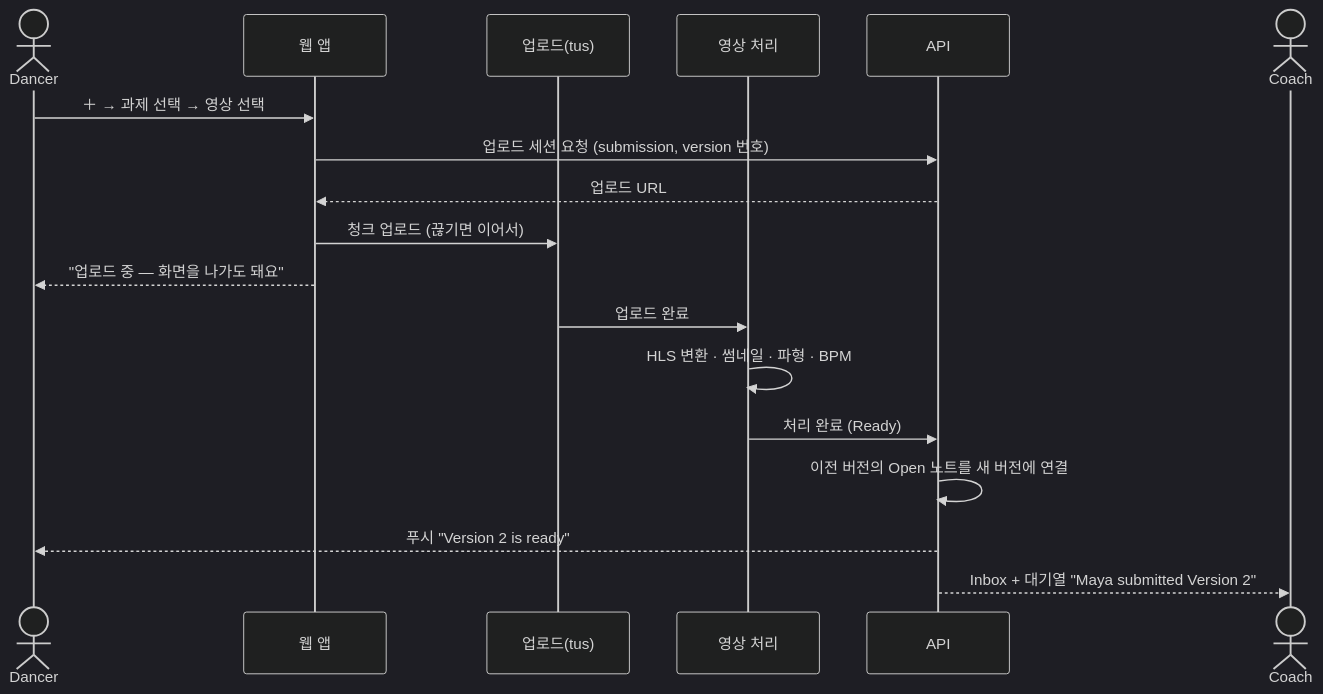
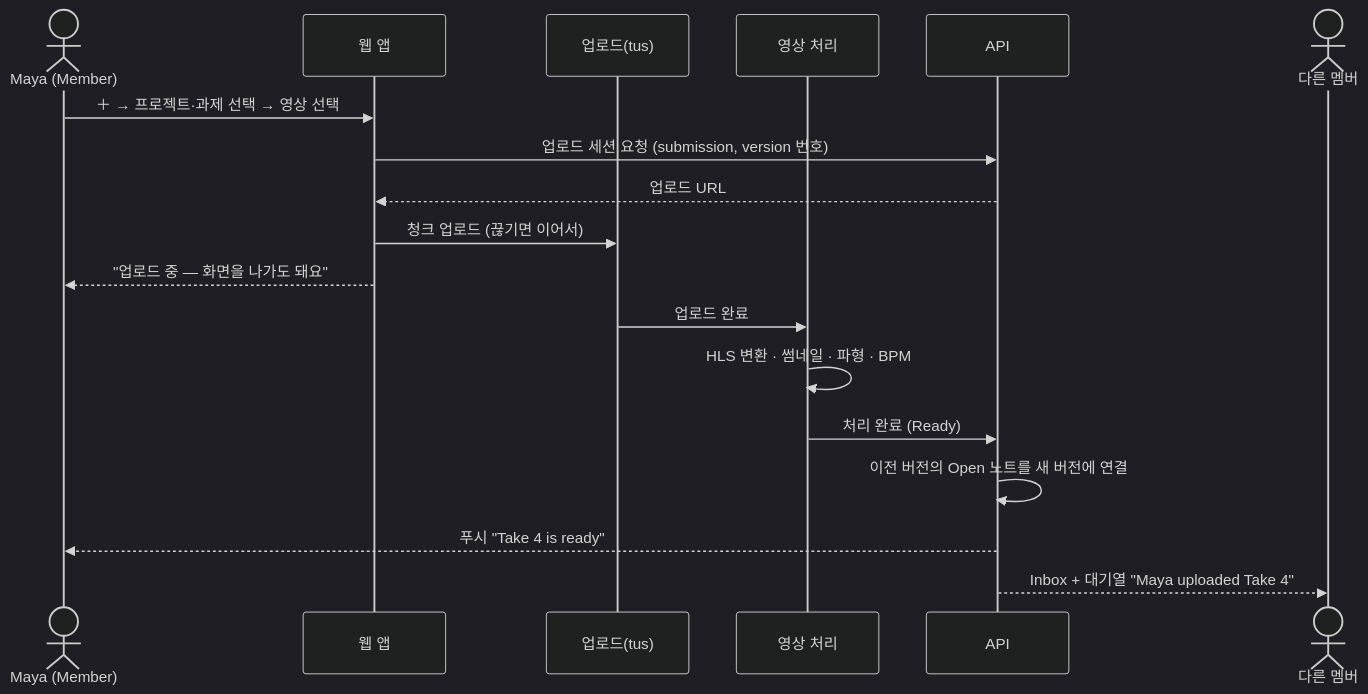
One commit to hope13710/dancerly changed the fifth of 8 diagrams in docs/02-service-structure.md. Above: the diagram before and after it, drawn with Mermaid (dark theme). The commit also changed other lines of this file and 13 other files, not shown here.

````diff
--- a/docs/02-service-structure.md
+++ b/docs/02-service-structure.md
@@ -213,20 +213,20 @@
 ```mermaid
 sequenceDiagram
-  actor D as Dancer
+  actor D as Maya (Member)
   participant W as 웹 앱
   participant U as 업로드(tus)
   participant M as 영상 처리
   participant A as API
-  actor C as Coach
-  D->>W: ＋ → 과제 선택 → 영상 선택
+  actor C as 다른 멤버
+  D->>W: ＋ → 프로젝트·과제 선택 → 영상 선택
   W->>A: 업로드 세션 요청 (submission, version 번호)
   A-->>W: 업로드 URL
   W->>U: 청크 업로드 (끊기면 이어서)
   W-->>D: "업로드 중 — 화면을 나가도 돼요"
   U->>M: 업로드 완료
   M->>M: HLS 변환 · 썸네일 · 파형 · BPM
   M->>A: 처리 완료 (Ready)
   A->>A: 이전 버전의 Open 노트를 새 버전에 연결
-  A-->>D: 푸시 "Version 2 is ready"
-  A-->>C: Inbox + 대기열 "Maya submitted Version 2"
+  A-->>D: 푸시 "Take 4 is ready"
+  A-->>C: Inbox + 대기열 "Maya uploaded Take 4"
 ```
````
